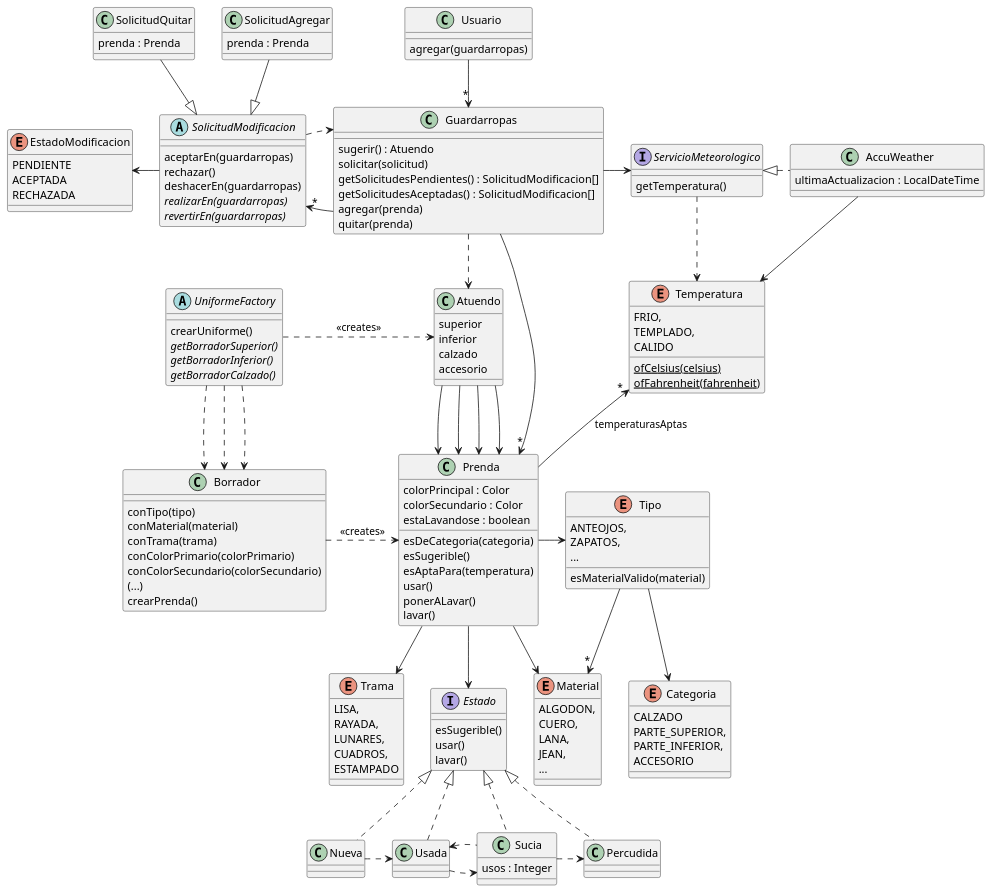
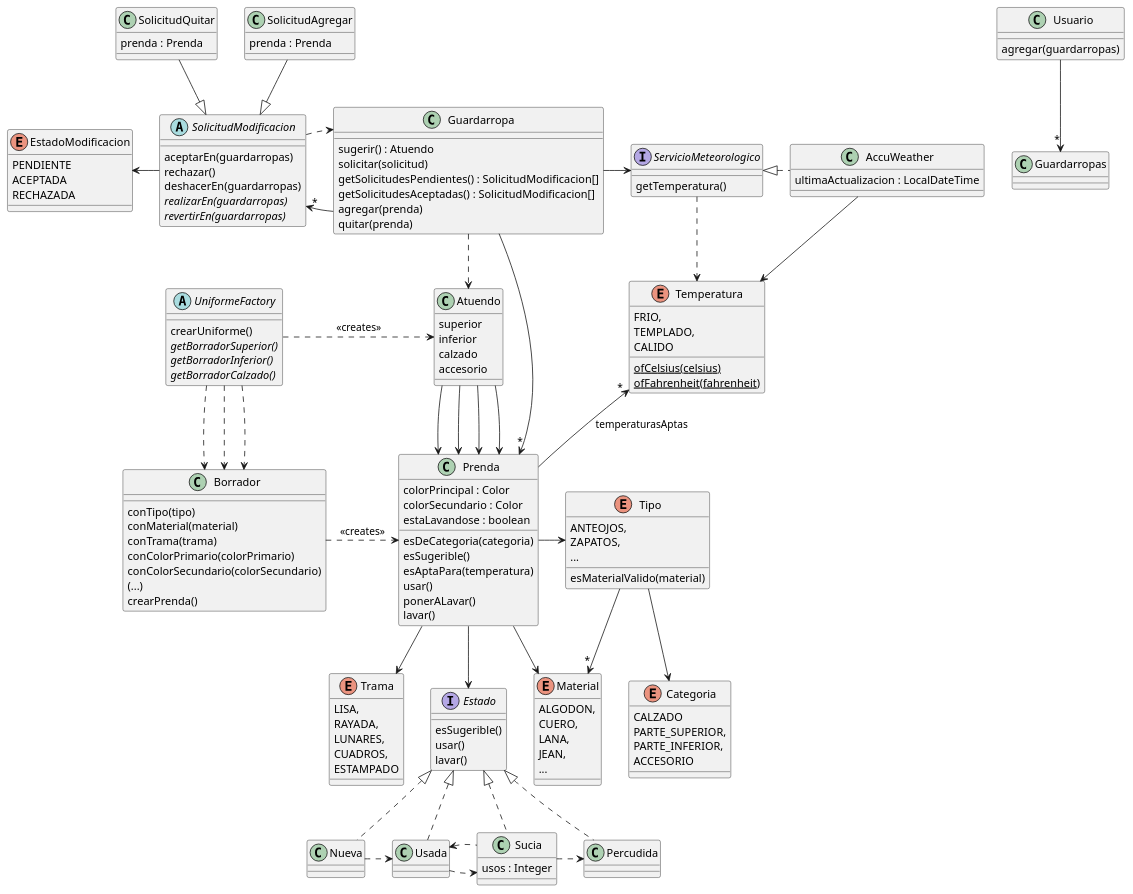
One commit to RaniAgus/dds-2022 changed the diagram in docs/diagramas/iteracion-5.puml. Above: the diagram before and after it, drawn with PlantUML. The commit also changed 7 other files, not shown here.

Commit message:
renombro Guardarropas a Guardarropa

```diff
--- a/docs/diagramas/iteracion-5.puml
+++ b/docs/diagramas/iteracion-5.puml
@@ -1,180 +1,180 @@
 @startuml iteracion-5
 
 class Usuario {
     agregar(guardarropas)
 }
 
 Usuario --> "*" Guardarropas
 
-class Guardarropas {
+class Guardarropa {
   sugerir() : Atuendo
   solicitar(solicitud)
   getSolicitudesPendientes() : SolicitudModificacion[]
   getSolicitudesAceptadas() : SolicitudModificacion[]
   agregar(prenda)
   quitar(prenda)
 }
 
-Guardarropas ..> Atuendo
-Guardarropas -right-> "*" Prenda
-Guardarropas -right-> ServicioMeteorologico
-Guardarropas -left-> "*" SolicitudModificacion
+Guardarropa ..> Atuendo
+Guardarropa -right-> "*" Prenda
+Guardarropa -right-> ServicioMeteorologico
+Guardarropa -left-> "*" SolicitudModificacion
 
 abstract class SolicitudModificacion {
     aceptarEn(guardarropas)
     rechazar()
     deshacerEn(guardarropas)
     {abstract} realizarEn(guardarropas)
     {abstract} revertirEn(guardarropas)
 }
 
-SolicitudModificacion ..> Guardarropas
+SolicitudModificacion ..> Guardarropa
 SolicitudModificacion -left-> EstadoModificacion
 
 enum EstadoModificacion {
     PENDIENTE
     ACEPTADA
     RECHAZADA
 }
 
 SolicitudModificacion <|-up- SolicitudAgregar
 SolicitudModificacion <|-up- SolicitudQuitar
 
 class SolicitudAgregar {
     prenda : Prenda
 }
 
 class SolicitudQuitar {
     prenda : Prenda
 }
 
 interface ServicioMeteorologico {
     getTemperatura()
 }
 
 ServicioMeteorologico ..> Temperatura
 
 ServicioMeteorologico <|.right. AccuWeather
 
 class AccuWeather {
     ultimaActualizacion : LocalDateTime
 }
 
 AccuWeather --> Temperatura
 
 enum Temperatura {
     FRIO,
     TEMPLADO,
     CALIDO
     {static} ofCelsius(celsius)
     {static} ofFahrenheit(fahrenheit)
 }
 
 abstract UniformeFactory {
   crearUniforme()
   {abstract} getBorradorSuperior()
   {abstract} getBorradorInferior()
   {abstract} getBorradorCalzado()
 }
 
 UniformeFactory .right.> Atuendo : <<creates>>
 UniformeFactory ..> Borrador
 UniformeFactory ..> Borrador
 UniformeFactory ..> Borrador
 
 class Atuendo {
    superior
    inferior
    calzado
    accesorio
 }
 
 Atuendo --> Prenda
 Atuendo --> Prenda
 Atuendo --> Prenda
 Atuendo --> Prenda
 
 class Borrador {
   conTipo(tipo)
   conMaterial(material)
   conTrama(trama)
   conColorPrimario(colorPrimario)
   conColorSecundario(colorSecundario)
   (...)
   crearPrenda()
 }
 
 Borrador .right.> Prenda : <<creates>>
 
 class Prenda {
  colorPrincipal : Color
  colorSecundario : Color
  estaLavandose : boolean
  esDeCategoria(categoria)
  esSugerible()
  esAptaPara(temperatura)
  usar()
  ponerALavar()
  lavar()
 }
 
 Prenda -up-> "*" Temperatura : "temperaturasAptas"
 Prenda -right-> Tipo
 Prenda --> Material
 Prenda --> Trama
 Prenda --> Estado
 
 enum Material {
   ALGODON,
   CUERO,
   LANA,
   JEAN,
   ...
 }
 
 enum Trama {
   LISA,
   RAYADA,
   LUNARES,
   CUADROS,
   ESTAMPADO
 }
 
 enum Tipo {
   ANTEOJOS,
   ZAPATOS,
   ...
   esMaterialValido(material)
 }
 
 Tipo --> "*" Material
 Tipo --> Categoria
 
 enum Categoria {
   CALZADO
   PARTE_SUPERIOR,
   PARTE_INFERIOR,
   ACCESORIO
 }
 
 interface Estado {
  esSugerible()
  usar()
  lavar()
 }
 
 Estado <|.. Nueva
 Estado <|.. Usada
 Estado <|.. Sucia
 Estado <|.. Percudida
 
 Nueva .right.> Usada
 Usada .right.> Sucia
 Sucia .left.> Usada
 Sucia .right.> Percudida
 
 class Sucia {
   usos : Integer
 }
 
 @enduml
```
